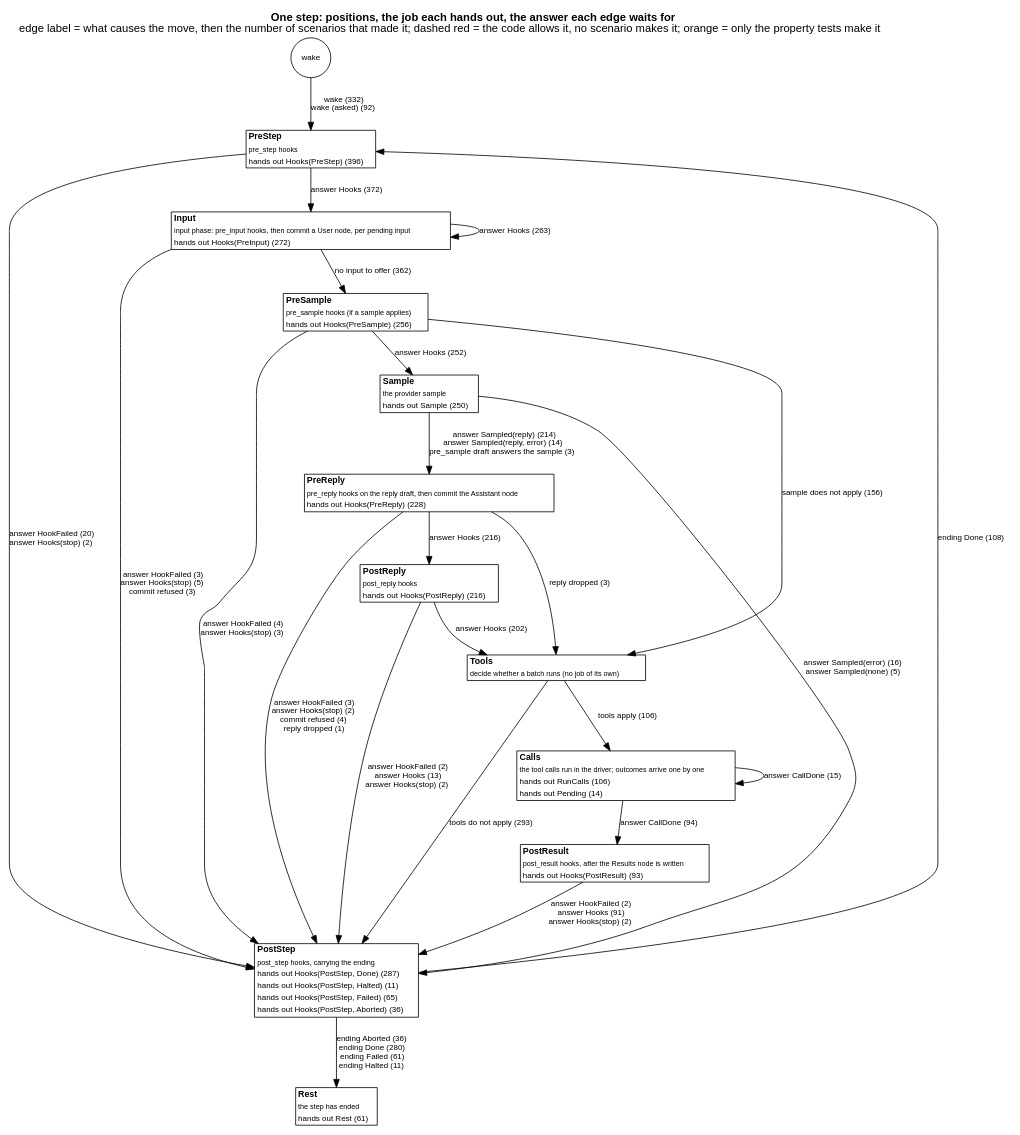
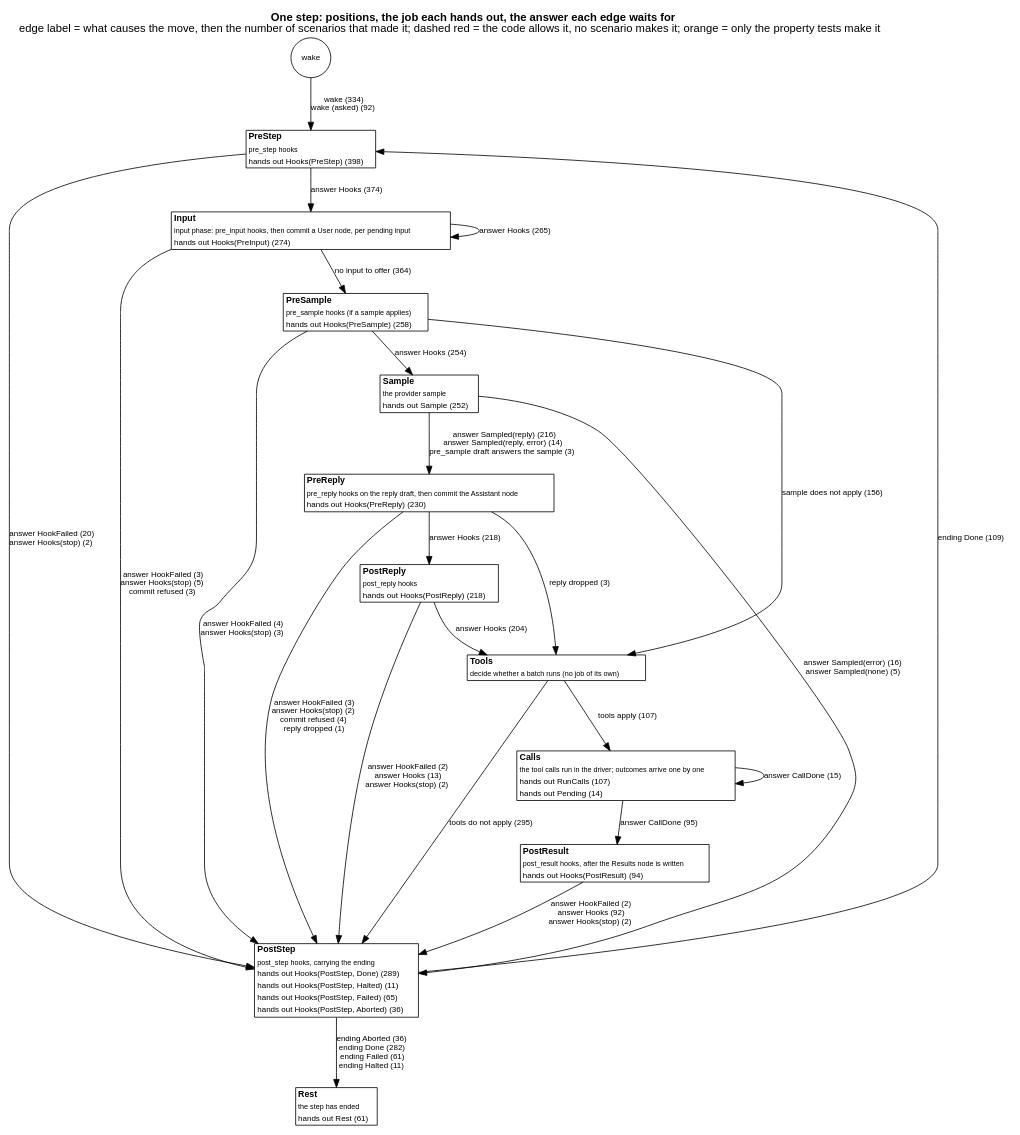
One commit to jmccardle/tau changed the diagram in docs/as-built/diagrams/step-positions.dot. Above: the diagram before and after it, drawn with Graphviz. The commit also changed 38 other files, not shown here.

```diff
--- a/docs/as-built/diagrams/step-positions.dot
+++ b/docs/as-built/diagrams/step-positions.dot
@@ -1,41 +1,41 @@
 // Generated by scripts/diagrams.sh from the test suites' transitions. Do not edit.
 digraph step_positions {
   graph [rankdir=TB, fontname="Helvetica", nodesep=0.5, ranksep=0.6, labelloc=t, label=<<b>One step: positions, the job each hands out, the answer each edge waits for</b><br/>edge label = what causes the move, then the number of scenarios that made it; dashed red = the code allows it, no scenario makes it; orange = only the property tests make it>];
   node [shape=plain, fontname="Helvetica", fontsize=11];
   edge [fontname="Helvetica", fontsize=10];
   "(wake)" [shape=circle, label="wake", fontsize=10];
-  "PreStep" [label=<<table border="1" cellborder="0" cellspacing="0" bgcolor="white"><tr><td align="left"><b>PreStep</b></td></tr><tr><td align="left"><font point-size="9">pre_step hooks</font></td></tr><tr><td align="left"><font color="black" point-size="10">hands out Hooks(PreStep) (396)</font></td></tr></table>>];
-  "Input" [label=<<table border="1" cellborder="0" cellspacing="0" bgcolor="white"><tr><td align="left"><b>Input</b></td></tr><tr><td align="left"><font point-size="9">input phase: pre_input hooks, then commit a User node, per pending input</font></td></tr><tr><td align="left"><font color="black" point-size="10">hands out Hooks(PreInput) (272)</font></td></tr></table>>];
-  "PreSample" [label=<<table border="1" cellborder="0" cellspacing="0" bgcolor="white"><tr><td align="left"><b>PreSample</b></td></tr><tr><td align="left"><font point-size="9">pre_sample hooks (if a sample applies)</font></td></tr><tr><td align="left"><font color="black" point-size="10">hands out Hooks(PreSample) (256)</font></td></tr></table>>];
-  "Sample" [label=<<table border="1" cellborder="0" cellspacing="0" bgcolor="white"><tr><td align="left"><b>Sample</b></td></tr><tr><td align="left"><font point-size="9">the provider sample</font></td></tr><tr><td align="left"><font color="black" point-size="10">hands out Sample (250)</font></td></tr></table>>];
-  "PreReply" [label=<<table border="1" cellborder="0" cellspacing="0" bgcolor="white"><tr><td align="left"><b>PreReply</b></td></tr><tr><td align="left"><font point-size="9">pre_reply hooks on the reply draft, then commit the Assistant node</font></td></tr><tr><td align="left"><font color="black" point-size="10">hands out Hooks(PreReply) (228)</font></td></tr></table>>];
-  "PostReply" [label=<<table border="1" cellborder="0" cellspacing="0" bgcolor="white"><tr><td align="left"><b>PostReply</b></td></tr><tr><td align="left"><font point-size="9">post_reply hooks</font></td></tr><tr><td align="left"><font color="black" point-size="10">hands out Hooks(PostReply) (216)</font></td></tr></table>>];
+  "PreStep" [label=<<table border="1" cellborder="0" cellspacing="0" bgcolor="white"><tr><td align="left"><b>PreStep</b></td></tr><tr><td align="left"><font point-size="9">pre_step hooks</font></td></tr><tr><td align="left"><font color="black" point-size="10">hands out Hooks(PreStep) (398)</font></td></tr></table>>];
+  "Input" [label=<<table border="1" cellborder="0" cellspacing="0" bgcolor="white"><tr><td align="left"><b>Input</b></td></tr><tr><td align="left"><font point-size="9">input phase: pre_input hooks, then commit a User node, per pending input</font></td></tr><tr><td align="left"><font color="black" point-size="10">hands out Hooks(PreInput) (274)</font></td></tr></table>>];
+  "PreSample" [label=<<table border="1" cellborder="0" cellspacing="0" bgcolor="white"><tr><td align="left"><b>PreSample</b></td></tr><tr><td align="left"><font point-size="9">pre_sample hooks (if a sample applies)</font></td></tr><tr><td align="left"><font color="black" point-size="10">hands out Hooks(PreSample) (258)</font></td></tr></table>>];
+  "Sample" [label=<<table border="1" cellborder="0" cellspacing="0" bgcolor="white"><tr><td align="left"><b>Sample</b></td></tr><tr><td align="left"><font point-size="9">the provider sample</font></td></tr><tr><td align="left"><font color="black" point-size="10">hands out Sample (252)</font></td></tr></table>>];
+  "PreReply" [label=<<table border="1" cellborder="0" cellspacing="0" bgcolor="white"><tr><td align="left"><b>PreReply</b></td></tr><tr><td align="left"><font point-size="9">pre_reply hooks on the reply draft, then commit the Assistant node</font></td></tr><tr><td align="left"><font color="black" point-size="10">hands out Hooks(PreReply) (230)</font></td></tr></table>>];
+  "PostReply" [label=<<table border="1" cellborder="0" cellspacing="0" bgcolor="white"><tr><td align="left"><b>PostReply</b></td></tr><tr><td align="left"><font point-size="9">post_reply hooks</font></td></tr><tr><td align="left"><font color="black" point-size="10">hands out Hooks(PostReply) (218)</font></td></tr></table>>];
   "Tools" [label=<<table border="1" cellborder="0" cellspacing="0" bgcolor="white"><tr><td align="left"><b>Tools</b></td></tr><tr><td align="left"><font point-size="9">decide whether a batch runs (no job of its own)</font></td></tr></table>>];
-  "Calls" [label=<<table border="1" cellborder="0" cellspacing="0" bgcolor="white"><tr><td align="left"><b>Calls</b></td></tr><tr><td align="left"><font point-size="9">the tool calls run in the driver; outcomes arrive one by one</font></td></tr><tr><td align="left"><font color="black" point-size="10">hands out RunCalls (106)</font></td></tr><tr><td align="left"><font color="black" point-size="10">hands out Pending (14)</font></td></tr></table>>];
-  "PostResult" [label=<<table border="1" cellborder="0" cellspacing="0" bgcolor="white"><tr><td align="left"><b>PostResult</b></td></tr><tr><td align="left"><font point-size="9">post_result hooks, after the Results node is written</font></td></tr><tr><td align="left"><font color="black" point-size="10">hands out Hooks(PostResult) (93)</font></td></tr></table>>];
-  "PostStep" [label=<<table border="1" cellborder="0" cellspacing="0" bgcolor="white"><tr><td align="left"><b>PostStep</b></td></tr><tr><td align="left"><font point-size="9">post_step hooks, carrying the ending</font></td></tr><tr><td align="left"><font color="black" point-size="10">hands out Hooks(PostStep, Done) (287)</font></td></tr><tr><td align="left"><font color="black" point-size="10">hands out Hooks(PostStep, Halted) (11)</font></td></tr><tr><td align="left"><font color="black" point-size="10">hands out Hooks(PostStep, Failed) (65)</font></td></tr><tr><td align="left"><font color="black" point-size="10">hands out Hooks(PostStep, Aborted) (36)</font></td></tr></table>>];
+  "Calls" [label=<<table border="1" cellborder="0" cellspacing="0" bgcolor="white"><tr><td align="left"><b>Calls</b></td></tr><tr><td align="left"><font point-size="9">the tool calls run in the driver; outcomes arrive one by one</font></td></tr><tr><td align="left"><font color="black" point-size="10">hands out RunCalls (107)</font></td></tr><tr><td align="left"><font color="black" point-size="10">hands out Pending (14)</font></td></tr></table>>];
+  "PostResult" [label=<<table border="1" cellborder="0" cellspacing="0" bgcolor="white"><tr><td align="left"><b>PostResult</b></td></tr><tr><td align="left"><font point-size="9">post_result hooks, after the Results node is written</font></td></tr><tr><td align="left"><font color="black" point-size="10">hands out Hooks(PostResult) (94)</font></td></tr></table>>];
+  "PostStep" [label=<<table border="1" cellborder="0" cellspacing="0" bgcolor="white"><tr><td align="left"><b>PostStep</b></td></tr><tr><td align="left"><font point-size="9">post_step hooks, carrying the ending</font></td></tr><tr><td align="left"><font color="black" point-size="10">hands out Hooks(PostStep, Done) (289)</font></td></tr><tr><td align="left"><font color="black" point-size="10">hands out Hooks(PostStep, Halted) (11)</font></td></tr><tr><td align="left"><font color="black" point-size="10">hands out Hooks(PostStep, Failed) (65)</font></td></tr><tr><td align="left"><font color="black" point-size="10">hands out Hooks(PostStep, Aborted) (36)</font></td></tr></table>>];
   "Rest" [label=<<table border="1" cellborder="0" cellspacing="0" bgcolor="white"><tr><td align="left"><b>Rest</b></td></tr><tr><td align="left"><font point-size="9">the step has ended</font></td></tr><tr><td align="left"><font color="black" point-size="10">hands out Rest (61)</font></td></tr></table>>];
-  "(wake)" -> "PreStep" [label=<wake (332)<br/>wake (asked) (92)>, color="black", style=solid];
+  "(wake)" -> "PreStep" [label=<wake (334)<br/>wake (asked) (92)>, color="black", style=solid];
   "Calls" -> "Calls" [label=<answer CallDone (15)>, color="black", style=solid];
-  "Calls" -> "PostResult" [label=<answer CallDone (94)>, color="black", style=solid];
-  "Input" -> "Input" [label=<answer Hooks (263)>, color="black", style=solid];
+  "Calls" -> "PostResult" [label=<answer CallDone (95)>, color="black", style=solid];
+  "Input" -> "Input" [label=<answer Hooks (265)>, color="black", style=solid];
   "Input" -> "PostStep" [label=<answer HookFailed (3)<br/>answer Hooks(stop) (5)<br/>commit refused (3)>, color="black", style=solid];
-  "Input" -> "PreSample" [label=<no input to offer (362)>, color="black", style=solid];
+  "Input" -> "PreSample" [label=<no input to offer (364)>, color="black", style=solid];
   "PostReply" -> "PostStep" [label=<answer HookFailed (2)<br/>answer Hooks (13)<br/>answer Hooks(stop) (2)>, color="black", style=solid];
-  "PostReply" -> "Tools" [label=<answer Hooks (202)>, color="black", style=solid];
-  "PostResult" -> "PostStep" [label=<answer HookFailed (2)<br/>answer Hooks (91)<br/>answer Hooks(stop) (2)>, color="black", style=solid];
-  "PostStep" -> "PreStep" [label=<ending Done (108)>, color="black", style=solid];
-  "PostStep" -> "Rest" [label=<ending Aborted (36)<br/>ending Done (280)<br/>ending Failed (61)<br/>ending Halted (11)>, color="black", style=solid];
-  "PreReply" -> "PostReply" [label=<answer Hooks (216)>, color="black", style=solid];
+  "PostReply" -> "Tools" [label=<answer Hooks (204)>, color="black", style=solid];
+  "PostResult" -> "PostStep" [label=<answer HookFailed (2)<br/>answer Hooks (92)<br/>answer Hooks(stop) (2)>, color="black", style=solid];
+  "PostStep" -> "PreStep" [label=<ending Done (109)>, color="black", style=solid];
+  "PostStep" -> "Rest" [label=<ending Aborted (36)<br/>ending Done (282)<br/>ending Failed (61)<br/>ending Halted (11)>, color="black", style=solid];
+  "PreReply" -> "PostReply" [label=<answer Hooks (218)>, color="black", style=solid];
   "PreReply" -> "PostStep" [label=<answer HookFailed (3)<br/>answer Hooks(stop) (2)<br/>commit refused (4)<br/>reply dropped (1)>, color="black", style=solid];
   "PreReply" -> "Tools" [label=<reply dropped (3)>, color="black", style=solid];
   "PreSample" -> "PostStep" [label=<answer HookFailed (4)<br/>answer Hooks(stop) (3)>, color="black", style=solid];
-  "PreSample" -> "Sample" [label=<answer Hooks (252)>, color="black", style=solid];
+  "PreSample" -> "Sample" [label=<answer Hooks (254)>, color="black", style=solid];
   "PreSample" -> "Tools" [label=<sample does not apply (156)>, color="black", style=solid];
-  "PreStep" -> "Input" [label=<answer Hooks (372)>, color="black", style=solid];
+  "PreStep" -> "Input" [label=<answer Hooks (374)>, color="black", style=solid];
   "PreStep" -> "PostStep" [label=<answer HookFailed (20)<br/>answer Hooks(stop) (2)>, color="black", style=solid];
   "Sample" -> "PostStep" [label=<answer Sampled(error) (16)<br/>answer Sampled(none) (5)>, color="black", style=solid];
-  "Sample" -> "PreReply" [label=<answer Sampled(reply) (214)<br/>answer Sampled(reply, error) (14)<br/>pre_sample draft answers the sample (3)>, color="black", style=solid];
-  "Tools" -> "Calls" [label=<tools apply (106)>, color="black", style=solid];
-  "Tools" -> "PostStep" [label=<tools do not apply (293)>, color="black", style=solid];
+  "Sample" -> "PreReply" [label=<answer Sampled(reply) (216)<br/>answer Sampled(reply, error) (14)<br/>pre_sample draft answers the sample (3)>, color="black", style=solid];
+  "Tools" -> "Calls" [label=<tools apply (107)>, color="black", style=solid];
+  "Tools" -> "PostStep" [label=<tools do not apply (295)>, color="black", style=solid];
 }
```
